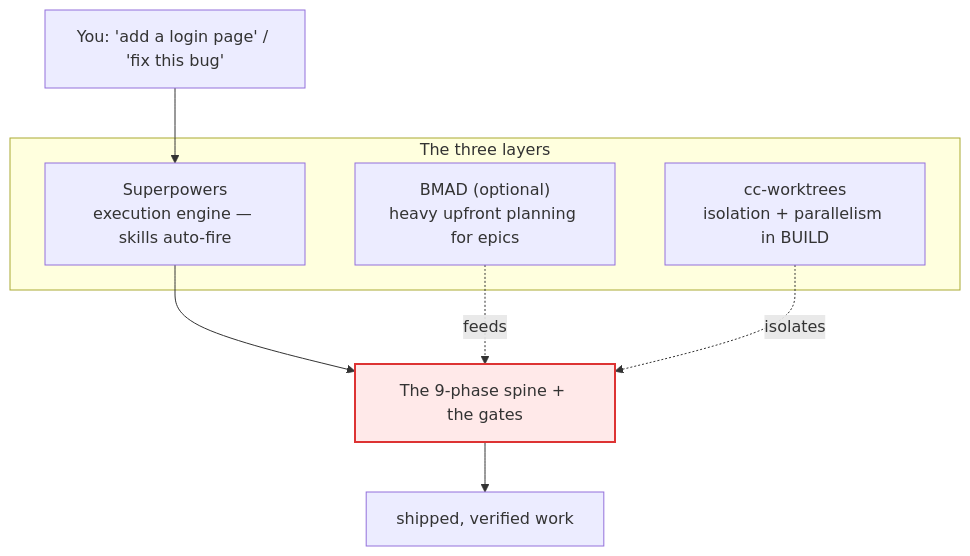
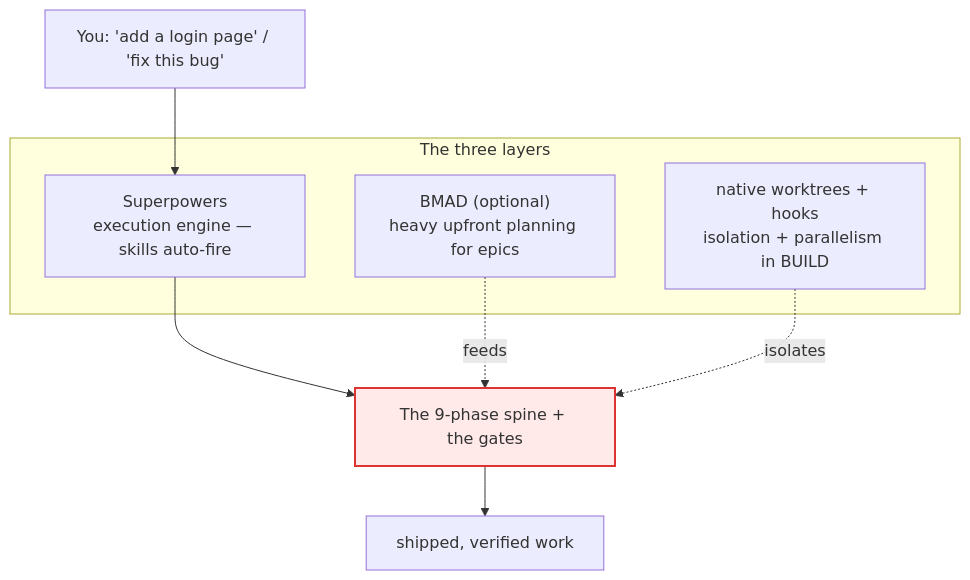
The first of 15 diagrams in docs/OVERVIEW.md (HenriGeorge/AutoCue), drawn with Mermaid before and after one commit. The commit also changed other lines of this file and 60 other files, not shown here.

````diff
--- a/docs/OVERVIEW.md
+++ b/docs/OVERVIEW.md
@@ -16,15 +17,15 @@
 ```mermaid
 flowchart TD
     You["You: 'add a login page' / 'fix this bug'"] --> SP
     subgraph layers["The three layers"]
       SP["Superpowers<br/>execution engine — skills auto-fire"]
       BMAD["BMAD (optional)<br/>heavy upfront planning for epics"]
-      CW["cc-worktrees<br/>isolation + parallelism in BUILD"]
+      CW["native worktrees + hooks<br/>isolation + parallelism in BUILD"]
     end
     SP --> Spine["The 9-phase spine + the gates"]
     BMAD -.feeds.-> Spine
     CW -.isolates.-> Spine
     Spine --> Out["shipped, verified work"]
     classDef law fill:#ffe9e9,stroke:#d33,stroke-width:2px,color:#333;
     class Spine law;
 ```
````
